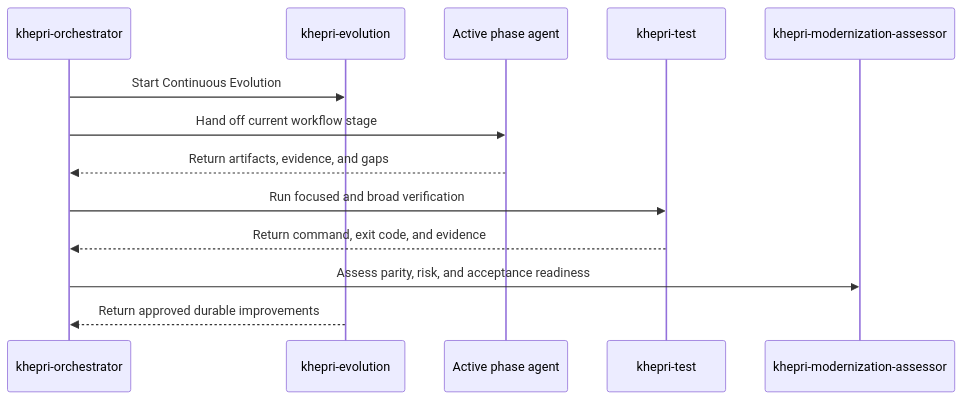
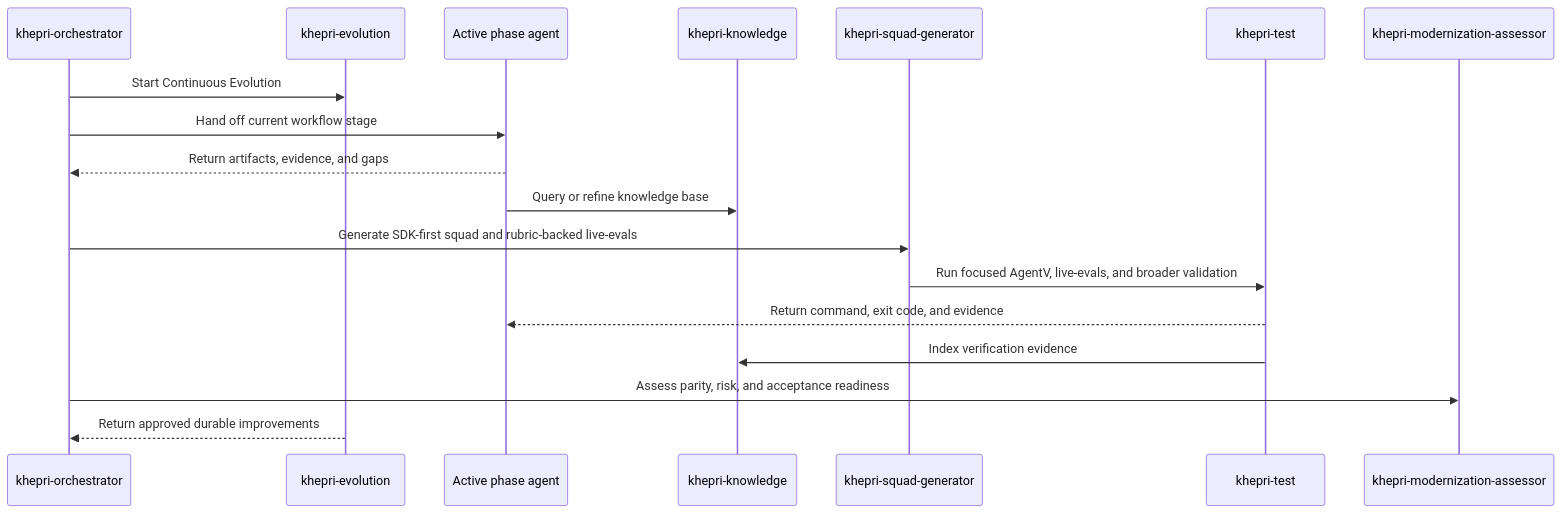
The second of 2 diagrams in docs/agents/README.md (Tyler-R-Kendrick/project-khepri), drawn with Mermaid before and after one commit. The commit also changed other lines of this file and 32 other files, not shown here.

First line of the commit message:
[codex] Add queryable knowledge and squad eval workflow

````diff
--- a/docs/agents/README.md
+++ b/docs/agents/README.md
@@ -58,16 +64,21 @@
 ```mermaid
 sequenceDiagram
     participant orch as khepri-orchestrator
     participant evo as khepri-evolution
     participant phase as Active phase agent
+    participant know as khepri-knowledge
+    participant gen as khepri-squad-generator
     participant test as khepri-test
     participant assess as khepri-modernization-assessor
 
     orch->>evo: Start Continuous Evolution
     orch->>phase: Hand off current workflow stage
     phase-->>orch: Return artifacts, evidence, and gaps
-    orch->>test: Run focused and broad verification
-    test-->>orch: Return command, exit code, and evidence
+    phase->>know: Query or refine knowledge base
+    orch->>gen: Generate SDK-first squad and rubric-backed live-evals
+    gen->>test: Run focused AgentV, live-evals, and broader validation
+    test-->>phase: Return command, exit code, and evidence
+    test->>know: Index verification evidence
     orch->>assess: Assess parity, risk, and acceptance readiness
     evo-->>orch: Return approved durable improvements
 ```
````
